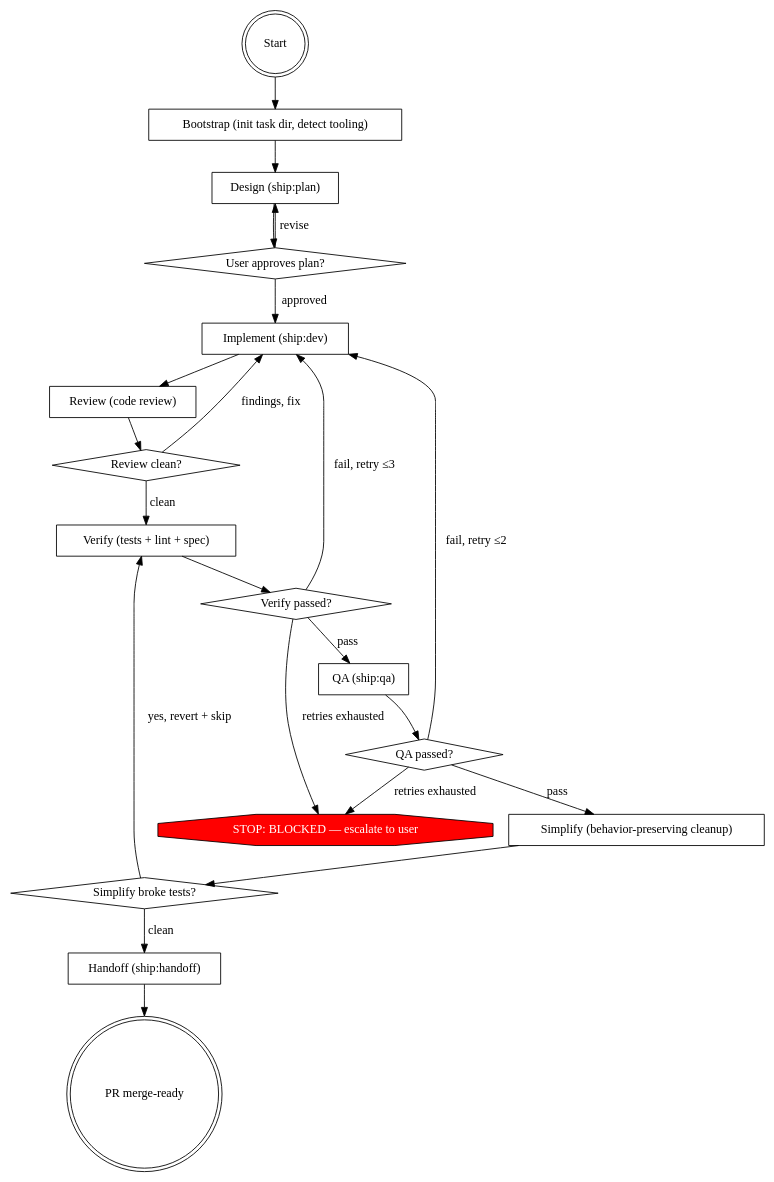
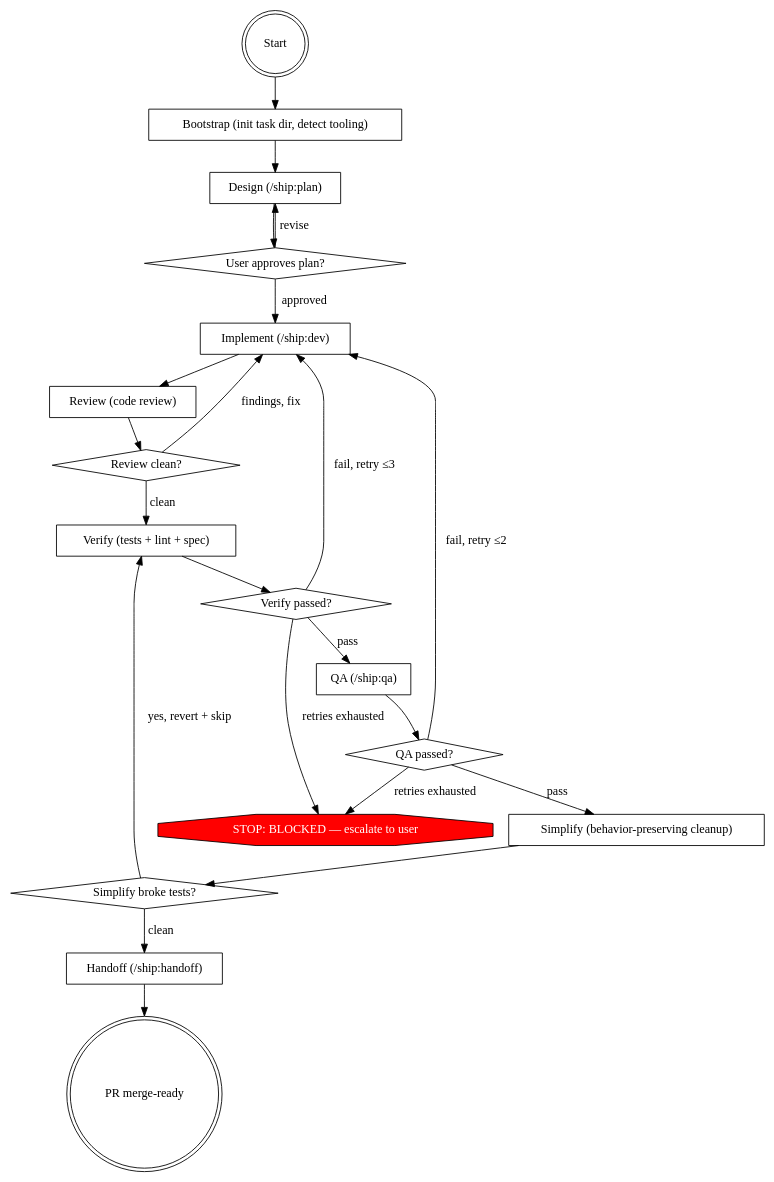
Before and after one commit to tryship/ship: the diagram in skills/auto/SKILL.md, drawn with Graphviz. The commit also changed other lines of this file and 17 other files, not shown here.

````diff
--- a/skills/auto/SKILL.md
+++ b/skills/auto/SKILL.md
@@ -58,44 +58,44 @@
 ```dot
 digraph auto {
     rankdir=TB;
 
     "Start" [shape=doublecircle];
     "Bootstrap (init task dir, detect tooling)" [shape=box];
-    "Design (ship:plan)" [shape=box];
+    "Design (/ship:plan)" [shape=box];
     "User approves plan?" [shape=diamond];
-    "Implement (ship:dev)" [shape=box];
+    "Implement (/ship:dev)" [shape=box];
     "Review (code review)" [shape=box];
     "Review clean?" [shape=diamond];
     "Verify (tests + lint + spec)" [shape=box];
     "Verify passed?" [shape=diamond];
-    "QA (ship:qa)" [shape=box];
+    "QA (/ship:qa)" [shape=box];
     "QA passed?" [shape=diamond];
     "Simplify (behavior-preserving cleanup)" [shape=box];
     "Simplify broke tests?" [shape=diamond];
-    "Handoff (ship:handoff)" [shape=box];
+    "Handoff (/ship:handoff)" [shape=box];
     "PR merge-ready" [shape=doublecircle];
     "STOP: BLOCKED — escalate to user" [shape=octagon, style=filled, fillcolor=red, fontcolor=white];
 
     "Start" -> "Bootstrap (init task dir, detect tooling)";
-    "Bootstrap (init task dir, detect tooling)" -> "Design (ship:plan)";
-    "Design (ship:plan)" -> "User approves plan?";
-    "User approves plan?" -> "Design (ship:plan)" [label="revise"];
-    "User approves plan?" -> "Implement (ship:dev)" [label="approved"];
-    "Implement (ship:dev)" -> "Review (code review)";
+    "Bootstrap (init task dir, detect tooling)" -> "Design (/ship:plan)";
+    "Design (/ship:plan)" -> "User approves plan?";
+    "User approves plan?" -> "Design (/ship:plan)" [label="revise"];
+    "User approves plan?" -> "Implement (/ship:dev)" [label="approved"];
+    "Implement (/ship:dev)" -> "Review (code review)";
     "Review (code review)" -> "Review clean?";
-    "Review clean?" -> "Implement (ship:dev)" [label="findings, fix"];
+    "Review clean?" -> "Implement (/ship:dev)" [label="findings, fix"];
     "Review clean?" -> "Verify (tests + lint + spec)" [label="clean"];
     "Verify (tests + lint + spec)" -> "Verify passed?";
-    "Verify passed?" -> "Implement (ship:dev)" [label="fail, retry ≤3"];
-    "Verify passed?" -> "QA (ship:qa)" [label="pass"];
+    "Verify passed?" -> "Implement (/ship:dev)" [label="fail, retry ≤3"];
+    "Verify passed?" -> "QA (/ship:qa)" [label="pass"];
     "Verify passed?" -> "STOP: BLOCKED — escalate to user" [label="retries exhausted"];
-    "QA (ship:qa)" -> "QA passed?";
-    "QA passed?" -> "Implement (ship:dev)" [label="fail, retry ≤2"];
+    "QA (/ship:qa)" -> "QA passed?";
+    "QA passed?" -> "Implement (/ship:dev)" [label="fail, retry ≤2"];
     "QA passed?" -> "Simplify (behavior-preserving cleanup)" [label="pass"];
     "QA passed?" -> "STOP: BLOCKED — escalate to user" [label="retries exhausted"];
     "Simplify (behavior-preserving cleanup)" -> "Simplify broke tests?";
     "Simplify broke tests?" -> "Verify (tests + lint + spec)" [label="yes, revert + skip"];
-    "Simplify broke tests?" -> "Handoff (ship:handoff)" [label="clean"];
-    "Handoff (ship:handoff)" -> "PR merge-ready";
+    "Simplify broke tests?" -> "Handoff (/ship:handoff)" [label="clean"];
+    "Handoff (/ship:handoff)" -> "PR merge-ready";
 }
 ```
````
